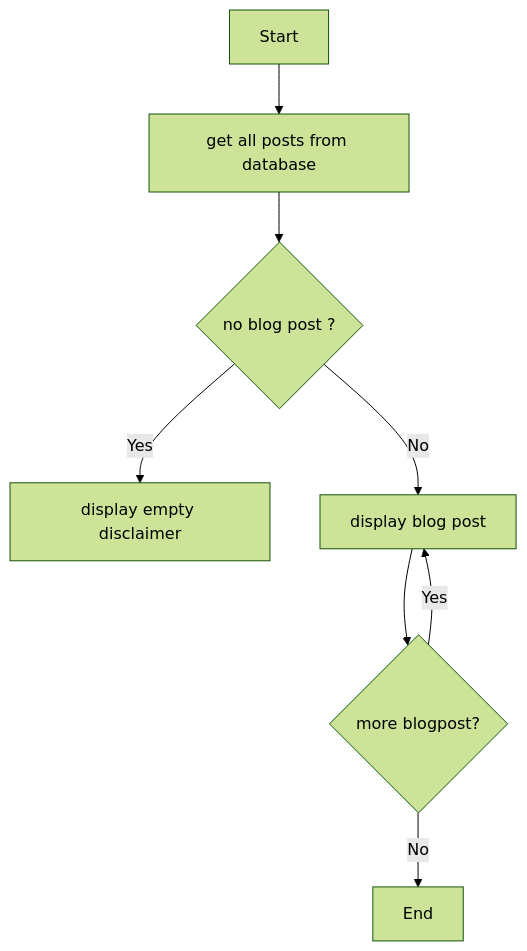
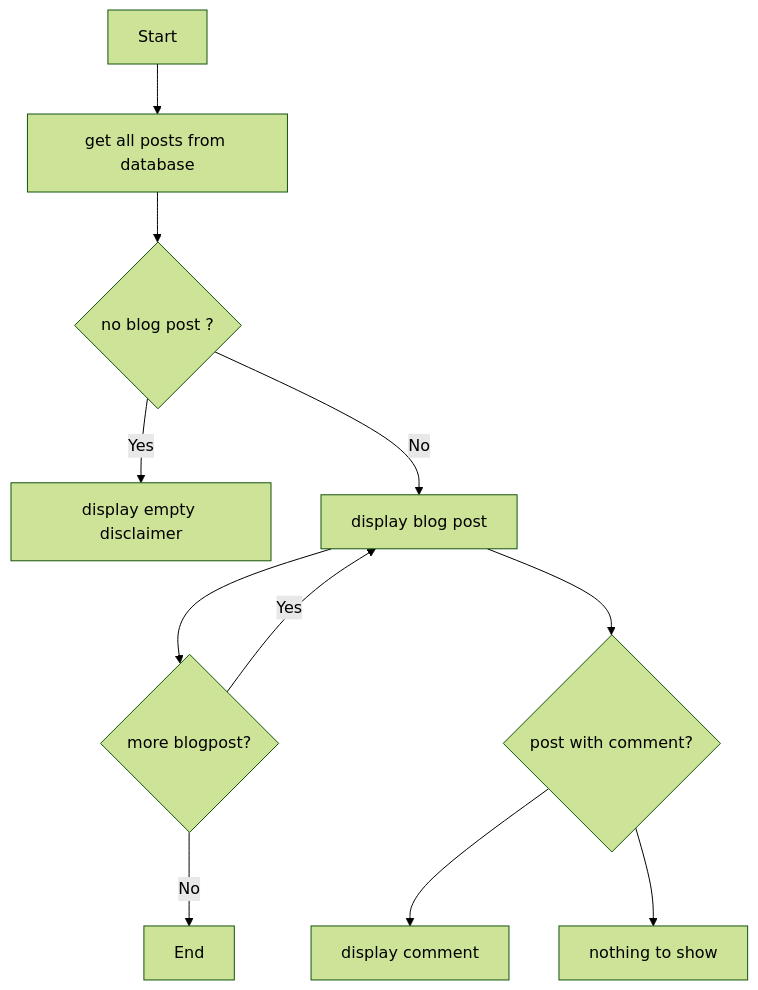
Before and after one commit to HeleneFnt/blog: the first of 2 diagrams in doc/diagramme.md, drawn with Mermaid (forest theme). The commit also changed other lines of this file and 8 other files, not shown here.

````diff
--- a/doc/diagramme.md
+++ b/doc/diagramme.md
@@ -1,10 +1,13 @@
 ```mermaid
 flowchart TD
 A[Start] --> B[get all posts from database]
 B --> C{no blog post ?}
 C -- Yes --> D[display empty disclaimer]
 C -- No --> E[display blog post]
 E --> F{more blogpost?}
+E --> H{post with comment?}
+H --> Yes[display comment]
+H --> No[nothing to show]
 F -- Yes --> E
 F -- No --> G[End]
 ```
````
